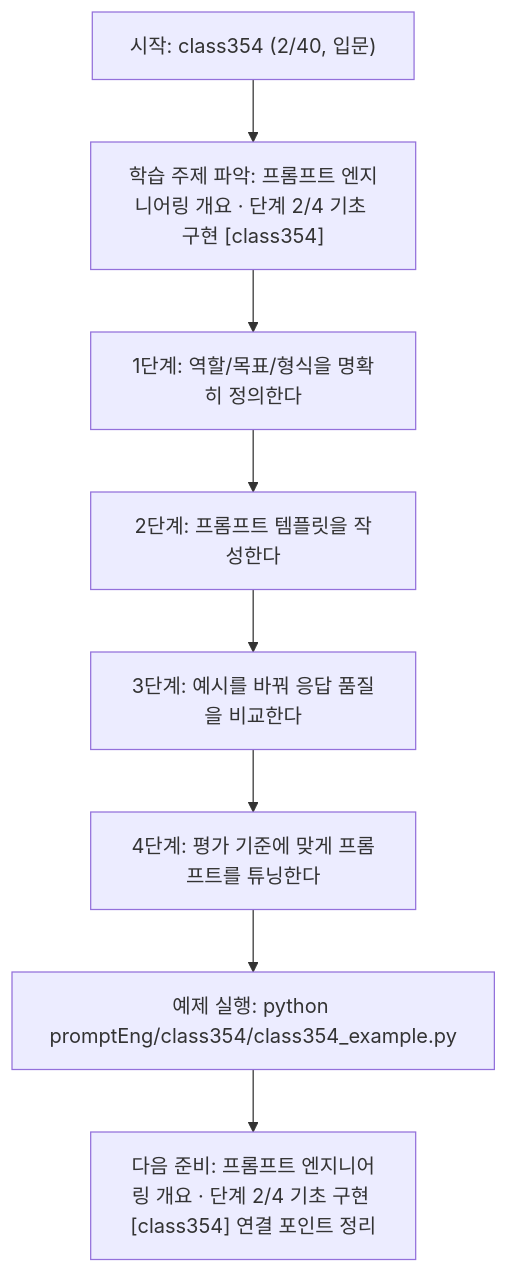
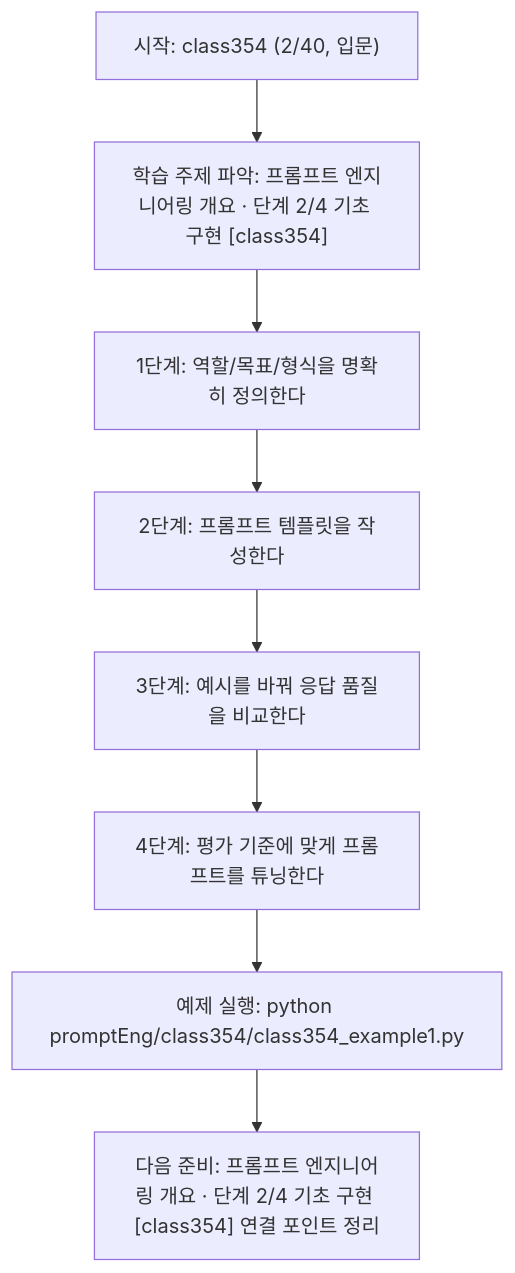
The diagram in promptEng/class354/class354.md (edumgt/Python-AI_Agent-Class), drawn with Mermaid before and after one commit. The commit also changed other lines of this file and 2959 other files, not shown here.

````diff
--- a/promptEng/class354/class354.md
+++ b/promptEng/class354/class354.md
@@ -110,18 +110,18 @@
 ```mermaid
 flowchart TD
 N1["시작: class354 (2/40, 입문)"]
 N2["학습 주제 파악: 프롬프트 엔지니어링 개요 · 단계 2/4 기초 구현 [class354]"]
 N3["1단계: 역할/목표/형식을 명확히 정의한다"]
 N4["2단계: 프롬프트 템플릿을 작성한다"]
 N5["3단계: 예시를 바꿔 응답 품질을 비교한다"]
 N6["4단계: 평가 기준에 맞게 프롬프트를 튜닝한다"]
-N7["예제 실행: python promptEng/class354/class354_example.py"]
+N7["예제 실행: python promptEng/class354/class354_example1.py"]
 N8["다음 준비: 프롬프트 엔지니어링 개요 · 단계 2/4 기초 구현 [class354] 연결 포인트 정리"]
 N1 --> N2
 N2 --> N3
 N3 --> N4
 N4 --> N5
 N5 --> N6
 N6 --> N7
 N7 --> N8
 ```
````
